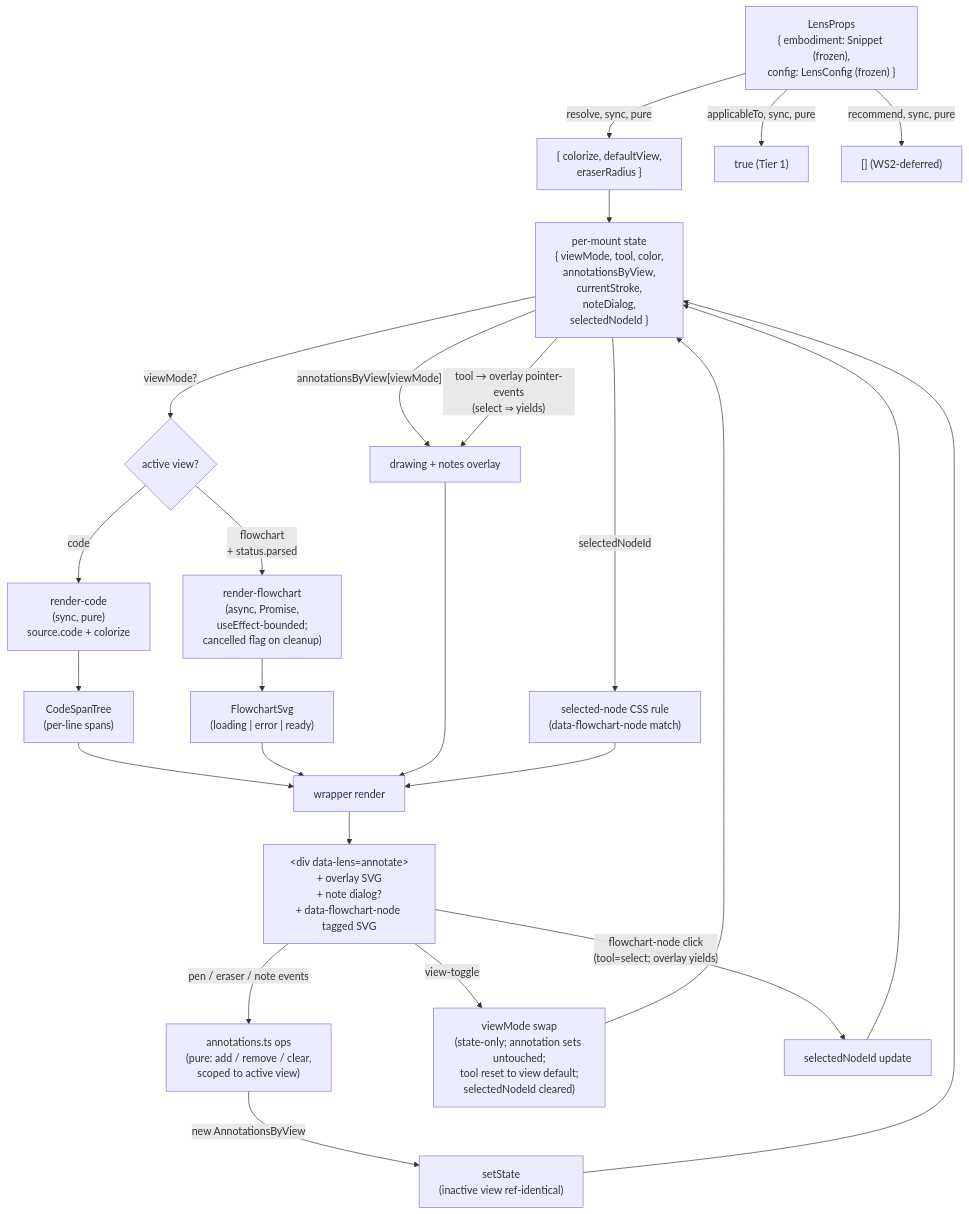
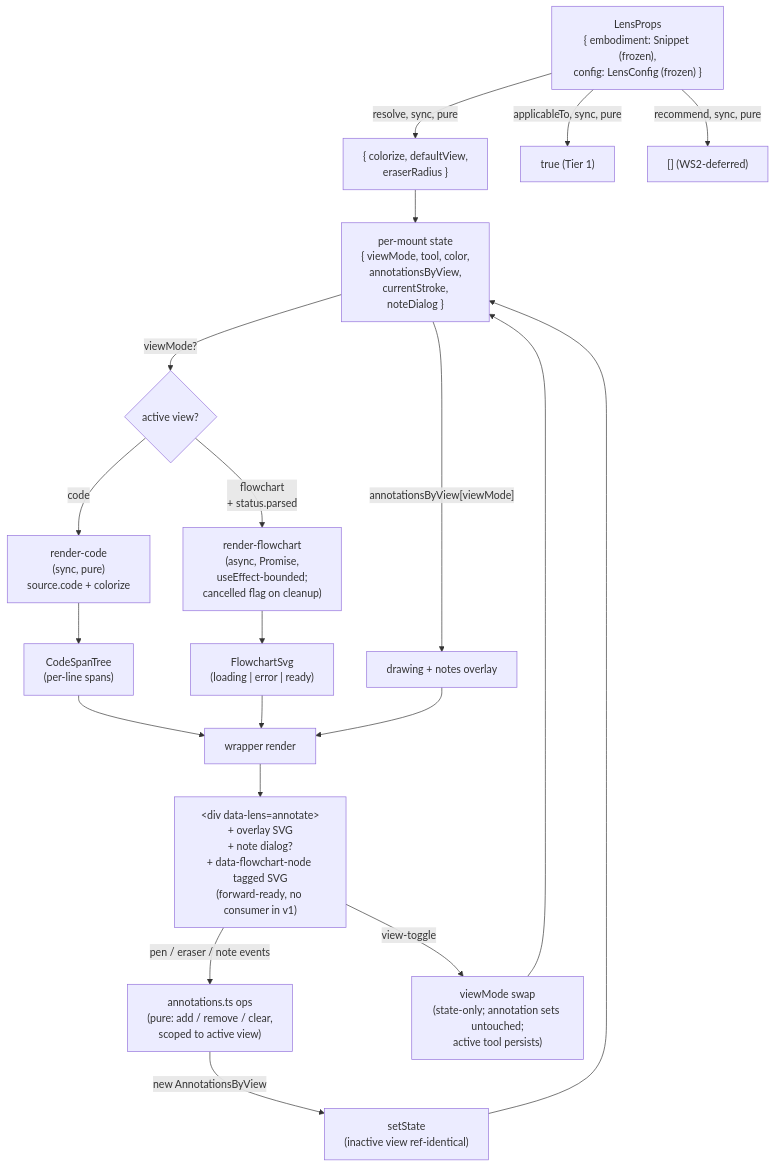
Before and after one commit to codeschoolinabox/curricula: the diagram in src/lib/just-enough/javascript/lenses/annotate/DOCS.md, drawn with Mermaid. The commit also changed other lines of this file and 5 other files, not shown here.

````diff
--- a/src/lib/just-enough/javascript/lenses/annotate/DOCS.md
+++ b/src/lib/just-enough/javascript/lenses/annotate/DOCS.md
@@ -129,37 +113,31 @@
 ```mermaid
 flowchart TD
     Props["LensProps<br/>{ embodiment: Snippet (frozen),<br/>config: LensConfig (frozen) }"]
 
     Props -->|"resolve, sync, pure"| ResolvedConfig["{ colorize, defaultView,<br/>eraserRadius }"]
     Props -->|"applicableTo, sync, pure"| Gate["true (Tier 1)"]
     Props -->|"recommend, sync, pure"| Recs["[] (WS2-deferred)"]
 
-    ResolvedConfig --> State["per-mount state<br/>{ viewMode, tool, color,<br/>annotationsByView,<br/>currentStroke,<br/>noteDialog,<br/>selectedNodeId }"]
+    ResolvedConfig --> State["per-mount state<br/>{ viewMode, tool, color,<br/>annotationsByView,<br/>currentStroke,<br/>noteDialog }"]
 
     State -->|"viewMode?"| ViewDecision{active view?}
     ViewDecision -->|"code"| Code["render-code<br/>(sync, pure)<br/>source.code + colorize"]
     ViewDecision -->|"flowchart<br/>+ status.parsed"| Flow["render-flowchart<br/>(async, Promise,<br/>useEffect-bounded;<br/>cancelled flag on cleanup)"]
 
     Code --> CodeTree["CodeSpanTree<br/>(per-line spans)"]
     Flow --> SvgState["FlowchartSvg<br/>(loading | error | ready)"]
 
     CodeTree --> Render["wrapper render"]
     SvgState --> Render
     State -->|"annotationsByView[viewMode]"| Overlay["drawing + notes overlay"]
-    State -->|"tool → overlay pointer-events<br/>(select ⇒ yields)"| Overlay
-    State -->|"selectedNodeId"| Highlight["selected-node CSS rule<br/>(data-flowchart-node match)"]
     Overlay --> Render
-    Highlight --> Render
 
-    Render --> DOM["&lt;div data-lens=annotate&gt;<br/>+ overlay SVG<br/>+ note dialog?<br/>+ data-flowchart-node tagged SVG"]
+    Render --> DOM["&lt;div data-lens=annotate&gt;<br/>+ overlay SVG<br/>+ note dialog?<br/>+ data-flowchart-node tagged SVG<br/>(forward-ready, no consumer in v1)"]
 
     DOM -->|"pen / eraser / note events"| Annotations["annotations.ts ops<br/>(pure: add / remove / clear,<br/>scoped to active view)"]
     Annotations -->|"new AnnotationsByView"| Mutation["setState<br/>(inactive view ref-identical)"]
     Mutation --> State
 
-    DOM -->|"view-toggle"| ToggleIn["viewMode swap<br/>(state-only; annotation sets untouched;<br/>tool reset to view default;<br/>selectedNodeId cleared)"]
+    DOM -->|"view-toggle"| ToggleIn["viewMode swap<br/>(state-only; annotation sets untouched;<br/>active tool persists)"]
     ToggleIn --> State
-
-    DOM -->|"flowchart-node click<br/>(tool=select; overlay yields)"| Select["selectedNodeId update"]
-    Select --> State
 ```
````
